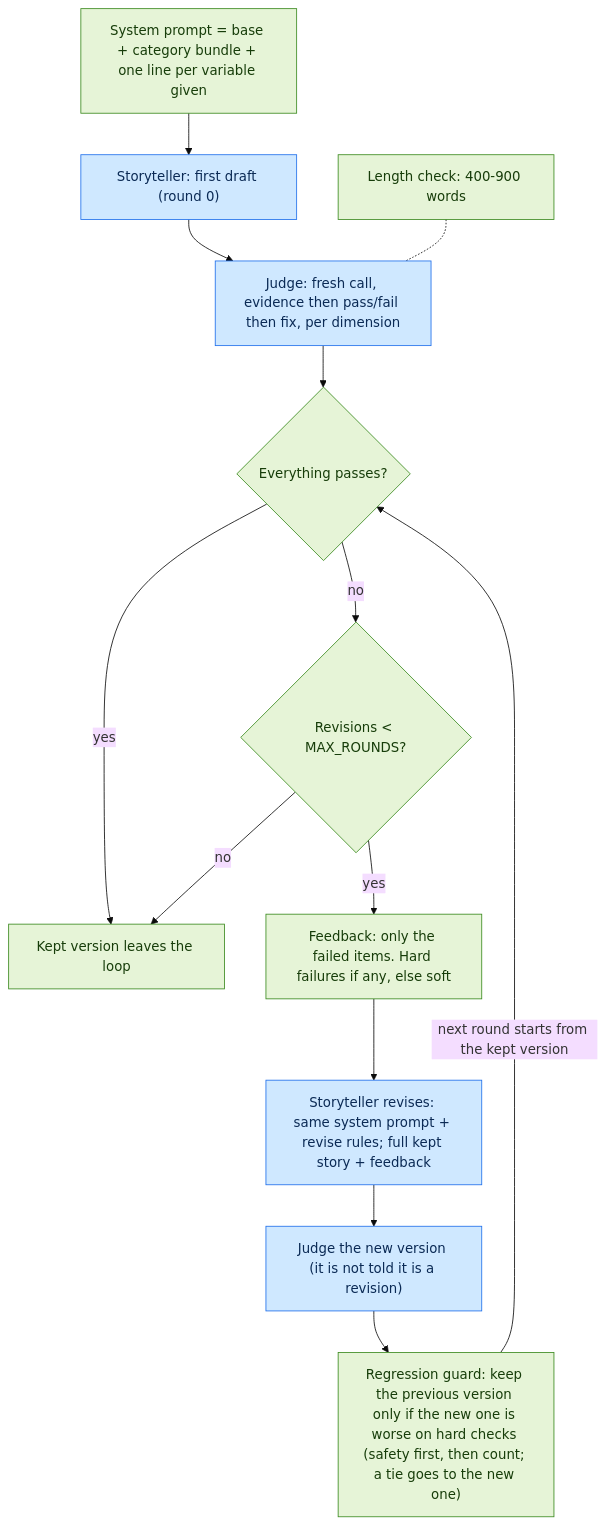
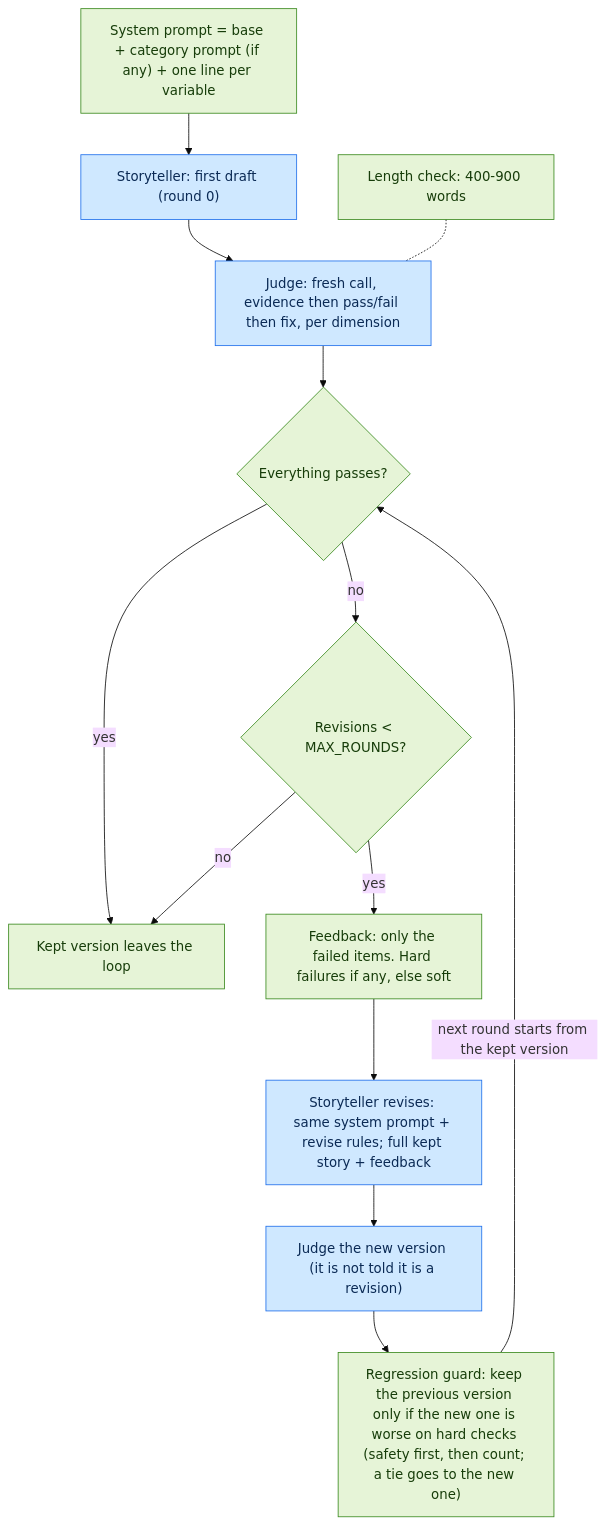
Before and after one commit to Sumo-99/hippocratic_ai_assessment: the third of 3 diagrams in docs/ARCHITECTURE.md, drawn with Mermaid (base theme). The commit also changed other lines of this file and 23 other files, not shown here.

````diff
--- a/docs/ARCHITECTURE.md
+++ b/docs/ARCHITECTURE.md
@@ -64,27 +67,27 @@
 ```mermaid
 flowchart TD
-    PROMPT["System prompt = base + category bundle + one line per variable given"]:::code
+    PROMPT["System prompt = base + category prompt (if any) + one line per variable"]:::code
     WRITE["Storyteller: first draft (round 0)"]:::llm
     JUDGE["Judge: fresh call, evidence then pass/fail then fix, per dimension"]:::llm
     LEN["Length check: 400-900 words"]:::code
     PASS{"Everything passes?"}:::code
     CAP{"Revisions < MAX_ROUNDS?"}:::code
     FB["Feedback: only the failed items. Hard failures if any, else soft"]:::code
     REV["Storyteller revises: same system prompt + revise rules; full kept story + feedback"]:::llm
     JUDGE2["Judge the new version (it is not told it is a revision)"]:::llm
     GUARD["Regression guard: keep the previous version only if the new one is worse on hard checks (safety first, then count; a tie goes to the new one)"]:::code
     DONE["Kept version leaves the loop"]:::code
 
     PROMPT --> WRITE --> JUDGE
     LEN -.- JUDGE
     JUDGE --> PASS
     PASS -->|yes| DONE
     PASS -->|no| CAP
     CAP -->|no| DONE
     CAP -->|yes| FB --> REV --> JUDGE2 --> GUARD
     GUARD -->|"next round starts from the kept version"| PASS
 
     classDef llm fill:#cfe8ff,stroke:#1f6feb,color:#0b2a55
     classDef code fill:#e6f4d7,stroke:#3b8a1f,color:#173d0a
     classDef io fill:#f3f3f3,stroke:#666,color:#222
 ```
````
